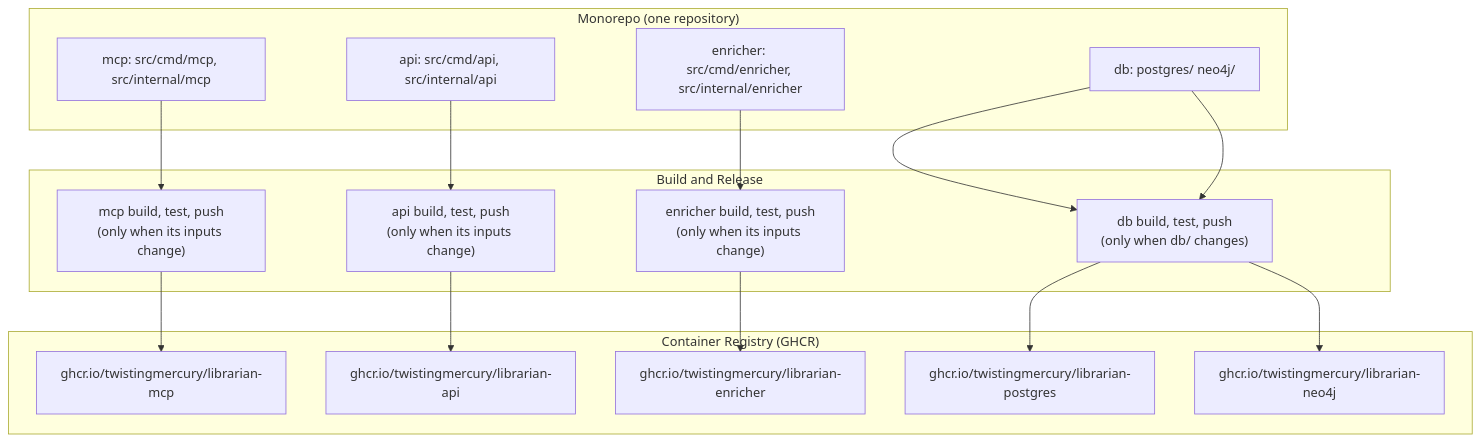
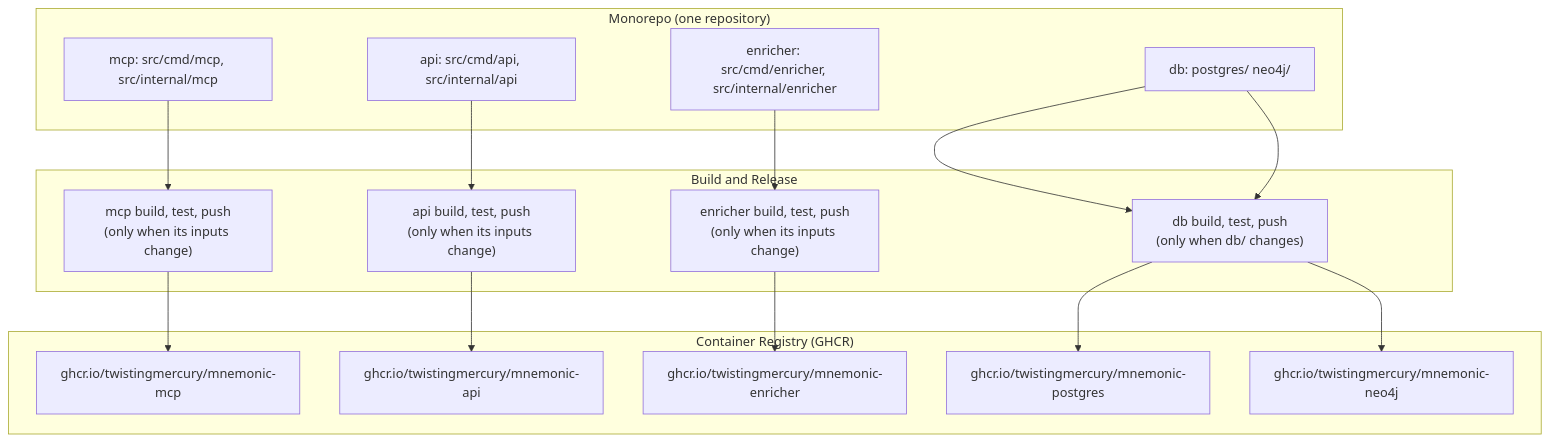
Before and after one commit to twistingmercury/mnemonic: the fifth of 5 diagrams in docs/design/architecture/system/06-deployment-architecture.md, drawn with Mermaid. The commit also changed other lines of this file and 35 other files, not shown here.

First line of the commit message:
Rename the design docs to Mnemonic and fix the schema, build and CI text

````diff
--- a/docs/design/architecture/system/06-deployment-architecture.md
+++ b/docs/design/architecture/system/06-deployment-architecture.md
@@ -320,30 +320,30 @@
 ```mermaid
 graph TB
     subgraph "Monorepo (one repository)"
         MCP_SRC["mcp: src/cmd/mcp, src/internal/mcp"]
         API_SRC["api: src/cmd/api, src/internal/api"]
         ENR_SRC["enricher: src/cmd/enricher, src/internal/enricher"]
         DBS_SRC["db: postgres/ neo4j/"]
     end
 
     subgraph "Build and Release"
         MCP_CI["mcp build, test, push<br/>(only when its inputs change)"]
         API_CI["api build, test, push<br/>(only when its inputs change)"]
         ENR_CI["enricher build, test, push<br/>(only when its inputs change)"]
         DBS_CI["db build, test, push<br/>(only when db/ changes)"]
     end
 
     subgraph "Container Registry (GHCR)"
-        MCP_IMG[ghcr.io/twistingmercury/librarian-mcp]
-        API_IMG[ghcr.io/twistingmercury/librarian-api]
-        ENR_IMG[ghcr.io/twistingmercury/librarian-enricher]
-        PG_IMG[ghcr.io/twistingmercury/librarian-postgres]
-        NEO_IMG[ghcr.io/twistingmercury/librarian-neo4j]
+        MCP_IMG[ghcr.io/twistingmercury/mnemonic-mcp]
+        API_IMG[ghcr.io/twistingmercury/mnemonic-api]
+        ENR_IMG[ghcr.io/twistingmercury/mnemonic-enricher]
+        PG_IMG[ghcr.io/twistingmercury/mnemonic-postgres]
+        NEO_IMG[ghcr.io/twistingmercury/mnemonic-neo4j]
     end
 
     MCP_SRC --> MCP_CI --> MCP_IMG
     API_SRC --> API_CI --> API_IMG
     ENR_SRC --> ENR_CI --> ENR_IMG
     DBS_SRC --> DBS_CI --> PG_IMG
     DBS_SRC --> DBS_CI --> NEO_IMG
 ```
````
